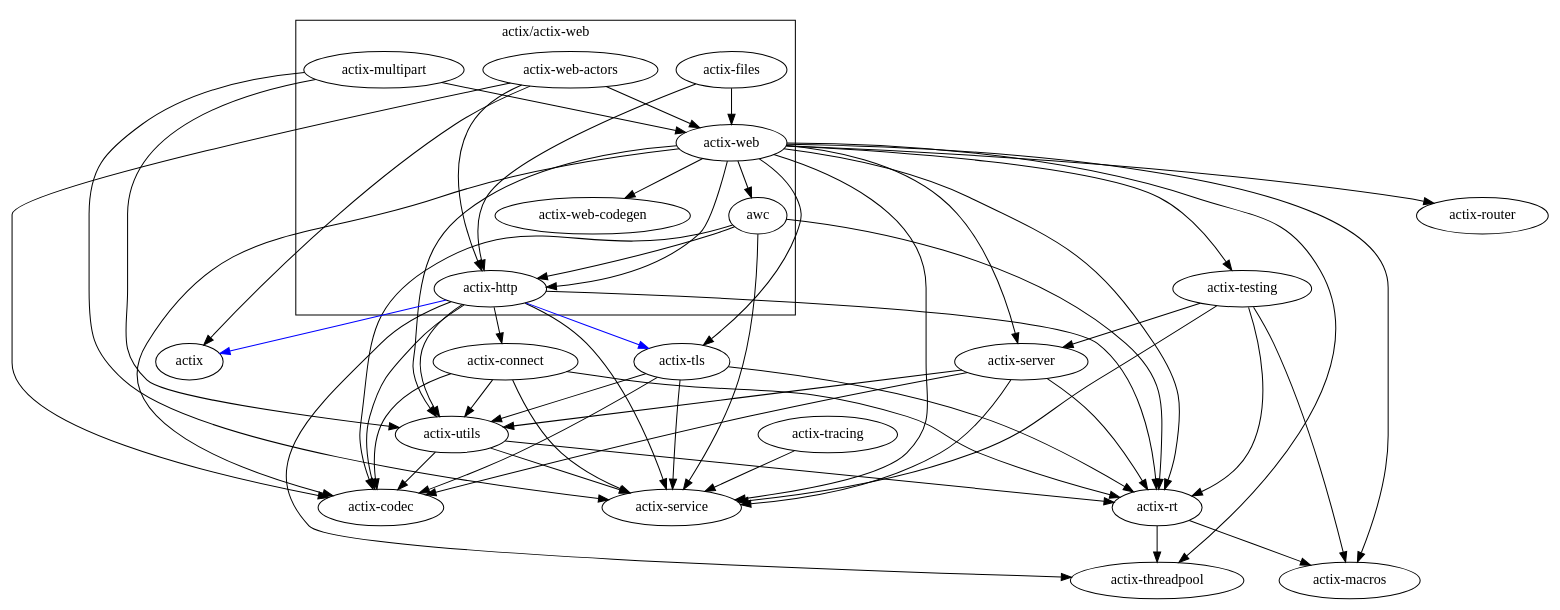
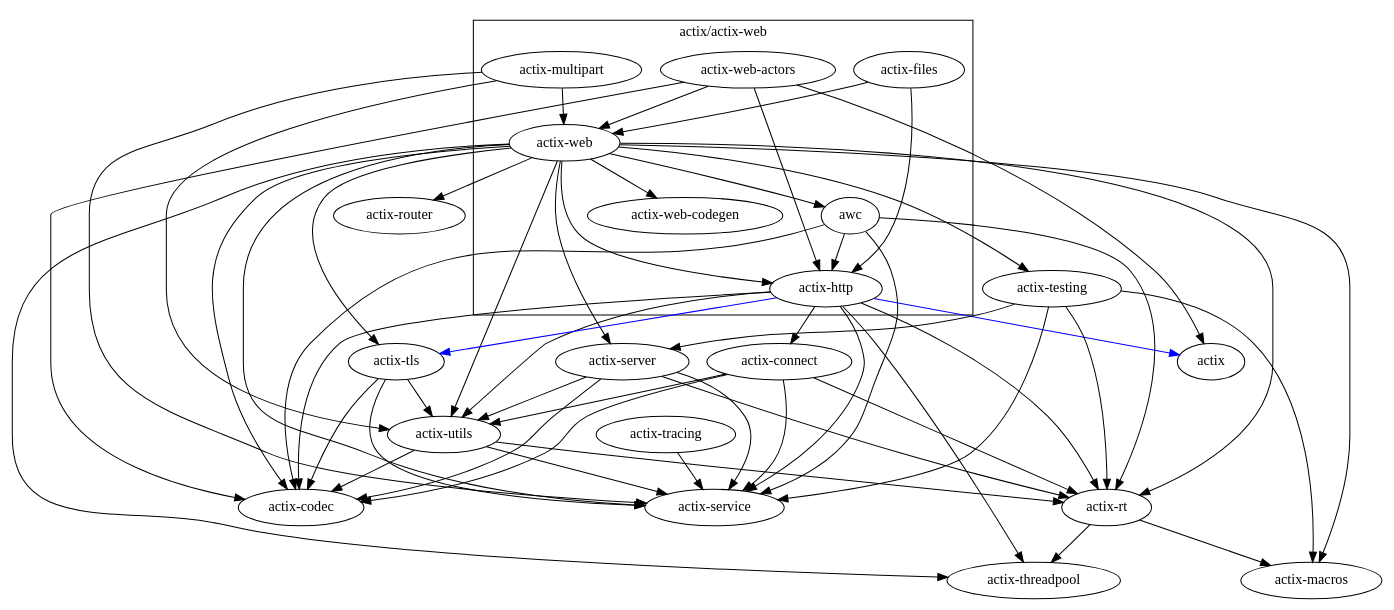
One commit to Cherry-Pooh/actix-web changed the diagram in docs/graphs/web-focus.dot. Above: the diagram before and after it, drawn with Graphviz. The commit also changed 12 other files, not shown here.

```diff
--- a/docs/graphs/web-focus.dot
+++ b/docs/graphs/web-focus.dot
@@ -1,30 +1,30 @@
 digraph {
     subgraph cluster_web {
         label="actix/actix-web"
         "awc"
         "actix-web"
         "actix-files"
         "actix-http"
         "actix-multipart"
         "actix-web-actors"
         "actix-web-codegen"
     }
 
     "actix-web" -> { "actix-codec" "actix-service" "actix-utils" "actix-router" "actix-rt" "actix-server" "actix-testing" "actix-macros" "actix-threadpool" "actix-tls" "actix-web-codegen" "actix-http" "awc" }
     "awc" -> { "actix-codec" "actix-service" "actix-http" "actix-rt" }
     "actix-web-actors" -> { "actix" "actix-web" "actix-http" "actix-codec" }
     "actix-multipart" -> { "actix-web" "actix-service" "actix-utils" }
     "actix-http" -> { "actix-service" "actix-codec" "actix-connect" "actix-utils" "actix-rt" "actix-threadpool" }
     "actix-http" -> { "actix" "actix-tls" }[color=blue] // optional
     "actix-files" -> { "actix-web" "actix-http" }
 
     // net
 
     "actix-utils" -> { "actix-service" "actix-rt" "actix-codec" }
     "actix-tracing" -> { "actix-service" }
-    "actix-tls" -> { "actix-service" "actix-codec" "actix-utils" "actix-rt" }
+    "actix-tls" -> { "actix-service" "actix-codec" "actix-utils" }
     "actix-testing" -> { "actix-rt" "actix-macros" "actix-server" "actix-service" }
     "actix-server" -> { "actix-service" "actix-rt" "actix-codec" "actix-utils" }
     "actix-rt" -> { "actix-macros" "actix-threadpool" }
     "actix-connect" -> { "actix-service" "actix-codec" "actix-utils" "actix-rt" }
 }
```
